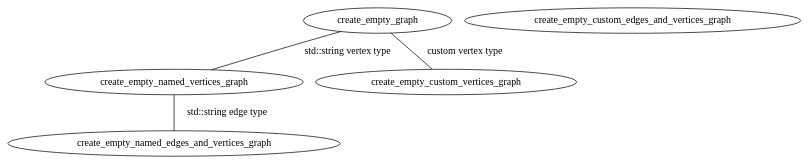
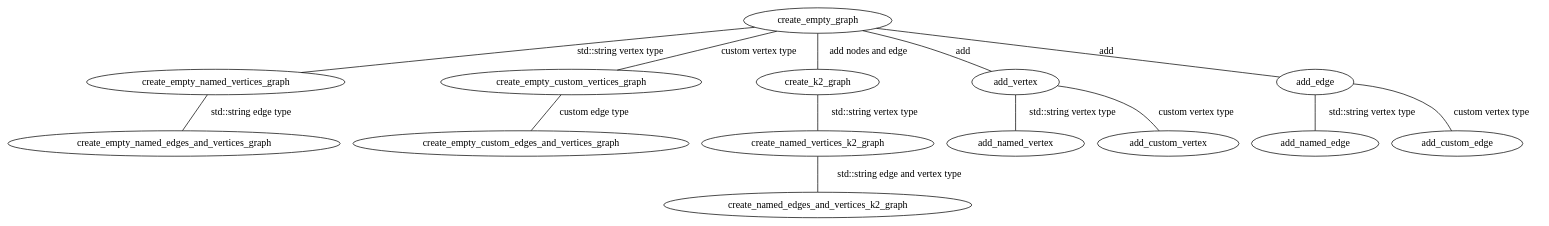
The diagram in create_tutorial_chapters_graph.dot (richelbilderbeek/boost_graph_cookbook_1), drawn with Graphviz before and after one commit. The commit also changed 6 other files, not shown here.

Commit message:
Added tutorial graph

```diff
--- a/create_tutorial_chapters_graph.dot
+++ b/create_tutorial_chapters_graph.dot
@@ -1,10 +1,29 @@
 graph G {
 0[label=create_empty_graph];
 1[label=create_empty_named_vertices_graph];
 2[label=create_empty_named_edges_and_vertices_graph];
 3[label=create_empty_custom_vertices_graph];
 4[label=create_empty_custom_edges_and_vertices_graph];
+5[label=create_k2_graph];
+6[label=create_named_vertices_k2_graph];
+7[label=create_named_edges_and_vertices_k2_graph];
+8[label=add_vertex];
+9[label=add_named_vertex];
+10[label=add_custom_vertex];
+11[label=add_edge];
+12[label=add_named_edge];
+13[label=add_custom_edge];
 0--1 [label="std::string vertex type"];
 1--2 [label="std::string edge type"];
 0--3 [label="custom vertex type"];
+3--4 [label="custom edge type"];
+0--5 [label="add nodes and edge"];
+5--6 [label="std::string vertex type"];
+6--7 [label="std::string edge and vertex type"];
+0--8 [label="add"];
+8--9 [label="std::string vertex type"];
+8--10 [label="custom vertex type"];
+0--11 [label="add"];
+11--12 [label="std::string vertex type"];
+11--13 [label="custom vertex type"];
 }
```
